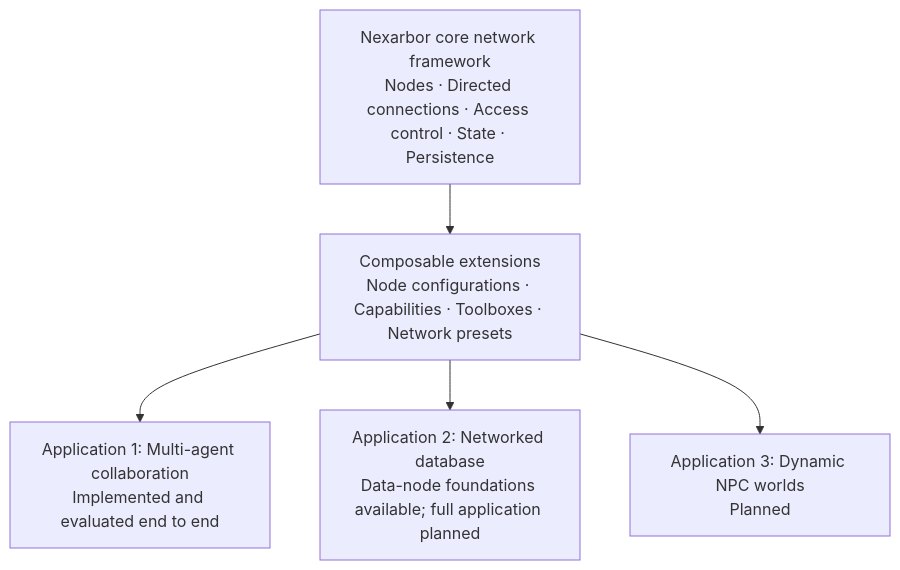
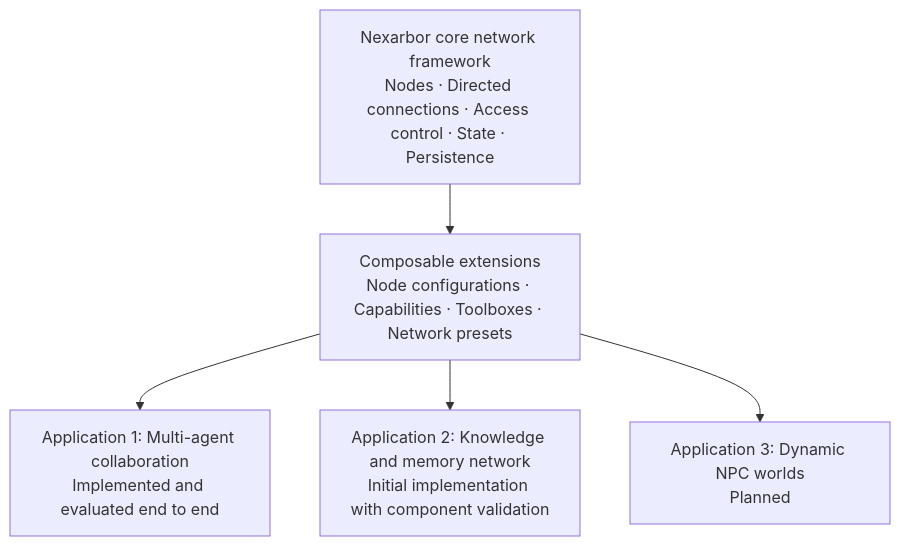
Before and after one commit to kazari-qwp/Nexarbor: the diagram in README_EN.md, drawn with Mermaid. The commit also changed other lines of this file and 5 other files, not shown here.

````diff
--- a/README_EN.md
+++ b/README_EN.md
@@ -15,9 +33,9 @@
 ```mermaid
 flowchart TB
     Core["Nexarbor core network framework<br/>Nodes · Directed connections · Access control · State · Persistence"]
     Components["Composable extensions<br/>Node configurations · Capabilities · Toolboxes · Network presets"]
     Core --> Components
     Components --> Agents["Application 1: Multi-agent collaboration<br/>Implemented and evaluated end to end"]
-    Components --> Database["Application 2: Networked database<br/>Data-node foundations available; full application planned"]
+    Components --> Database["Application 2: Knowledge and memory network<br/>Initial implementation with component validation"]
     Components --> World["Application 3: Dynamic NPC worlds<br/>Planned"]
 ```
````
